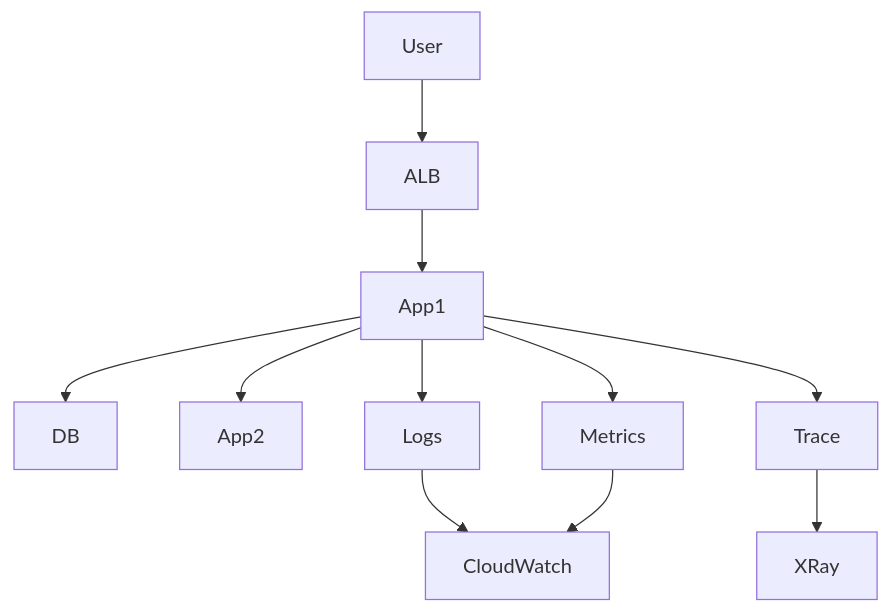
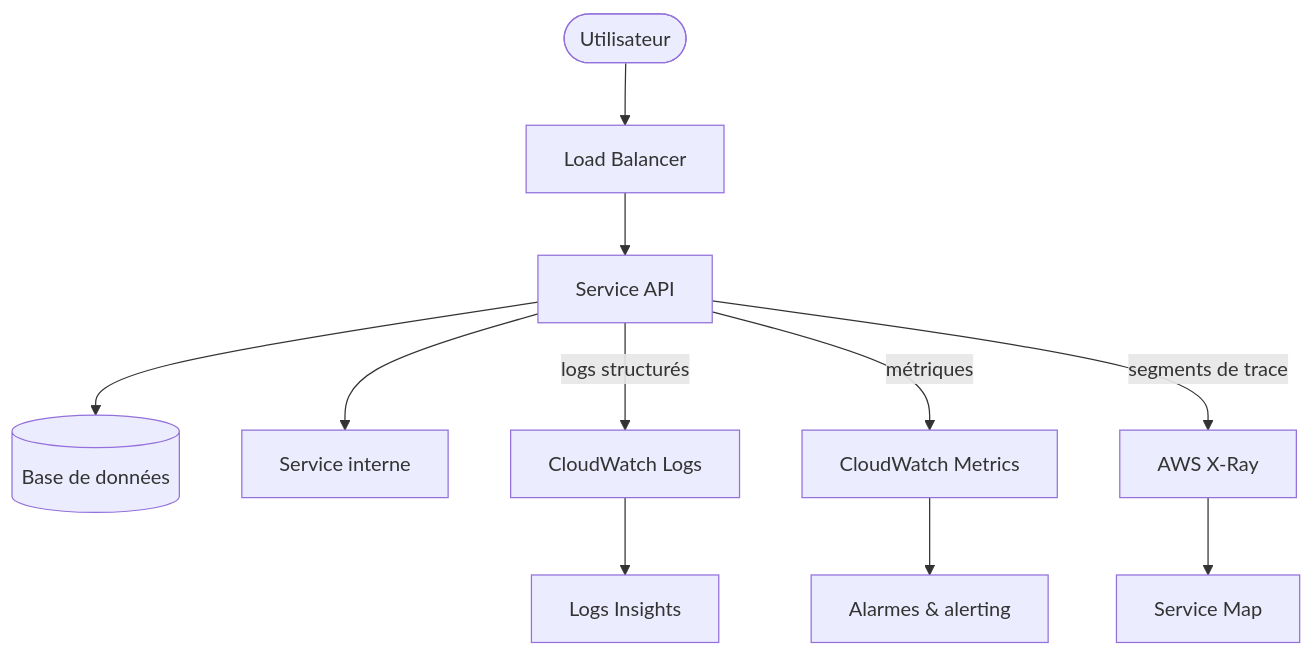
One commit to Gooseppr/GevOps_LC changed the diagram in courses/cloud-aws/aws_module_15_observability.md. Above: the diagram before and after it, drawn with Mermaid. The commit also changed other lines of this file and 23 other files, not shown here.

````diff
--- a/courses/cloud-aws/aws_module_15_observability.md
+++ b/courses/cloud-aws/aws_module_15_observability.md
@@ -52,15 +75,15 @@
 ```mermaid
 graph TD
-User --> ALB
-ALB --> App1
-App1 --> DB
-App1 --> App2
+    User([Utilisateur]) --> ALB[Load Balancer]
+    ALB --> App1[Service API]
+    App1 --> DB[(Base de données)]
+    App1 --> App2[Service interne]
 
-App1 --> Logs
-App1 --> Metrics
-App1 --> Trace
+    App1 -->|logs structurés| CWLogs[CloudWatch Logs]
+    App1 -->|métriques| CWMetrics[CloudWatch Metrics]
+    App1 -->|segments de trace| XRay[AWS X-Ray]
 
-Trace --> XRay
-Logs --> CloudWatch
-Metrics --> CloudWatch
+    CWMetrics --> Alarms[Alarmes & alerting]
+    CWLogs --> Insights[Logs Insights]
+    XRay --> ServiceMap[Service Map]
 ```
````
